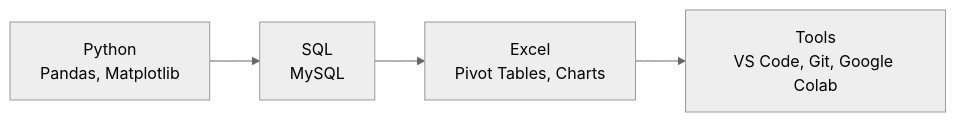
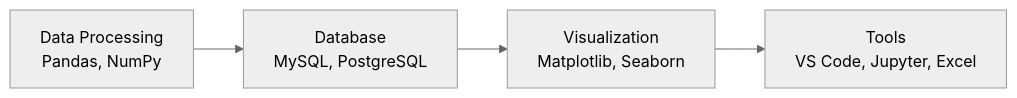
Before and after one commit to Jojonakesy/Jojonakesy: the diagram in README.md, drawn with Mermaid (neutral theme). The commit also changed other lines of this file, not shown here.

````diff
--- a/README.md
+++ b/README.md
@@ -15,6 +15,6 @@
 ```mermaid
 graph LR
-    A[Python<br>Pandas, Matplotlib] --> B[SQL<br>MySQL]
-    B --> C[Excel<br>Pivot Tables, Charts]
-    C --> D[Tools<br>VS Code, Git, Google Colab]
+    A[Data Processing<br>Pandas, NumPy] --> B[Database<br>MySQL, PostgreSQL]
+    B --> C[Visualization<br>Matplotlib, Seaborn]
+    C --> D[Tools<br>VS Code, Jupyter, Excel]
 ```
````
